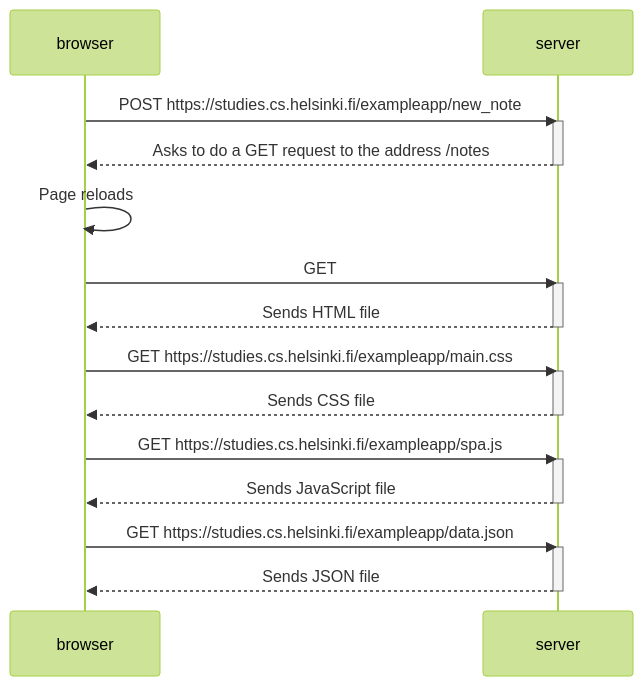
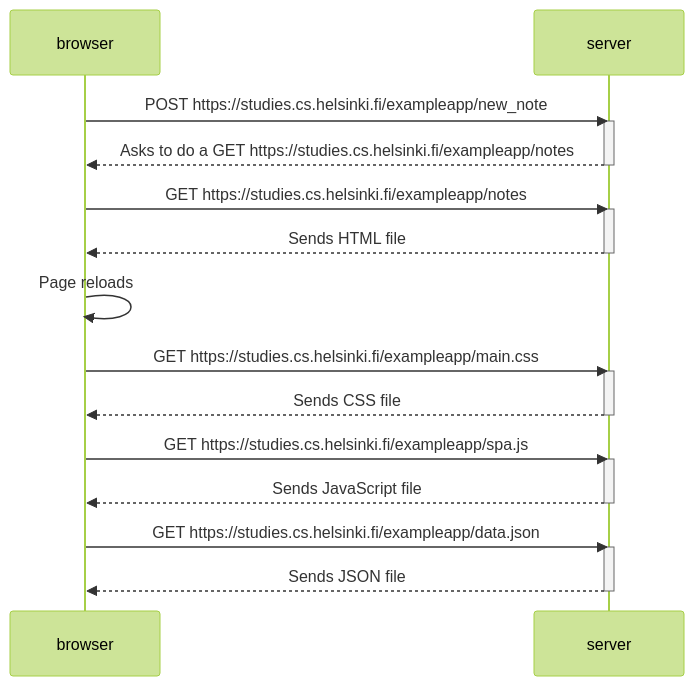
One commit to early-dew/FullStackOpen changed the diagram in Part0/0.4: New note diagram.md. Above: the diagram before and after it, drawn with Mermaid (forest theme).

Commit message:
Update 0.4: New note diagram.md

````diff
--- a/Part0/0.4: New note diagram.md
+++ b/Part0/0.4: New note diagram.md
@@ -1,26 +1,26 @@
 ```mermaid
 sequenceDiagram
  participant browser
  participant server
  browser->>server: POST https://studies.cs.helsinki.fi/exampleapp/new_note
  activate server
- server-->>browser:  Asks to do a GET request to the address /notes
+ server-->>browser:  Asks to do a GET https://studies.cs.helsinki.fi/exampleapp/notes
  deactivate server
- browser->>browser: Page reloads
- browser->>server: GET 
+ browser->>server: GET https://studies.cs.helsinki.fi/exampleapp/notes
  activate server
  server-->>browser: Sends HTML file
  deactivate server
+ browser->>browser: Page reloads
  browser->>server: GET https://studies.cs.helsinki.fi/exampleapp/main.css
  activate server
  server-->>browser: Sends CSS file
  deactivate server
  browser->>server: GET https://studies.cs.helsinki.fi/exampleapp/spa.js
  activate server
  server-->>browser: Sends JavaScript file
  deactivate server
  browser->>server: GET https://studies.cs.helsinki.fi/exampleapp/data.json
  activate server
  server-->>browser: Sends JSON file
  deactivate server
 ```
````
